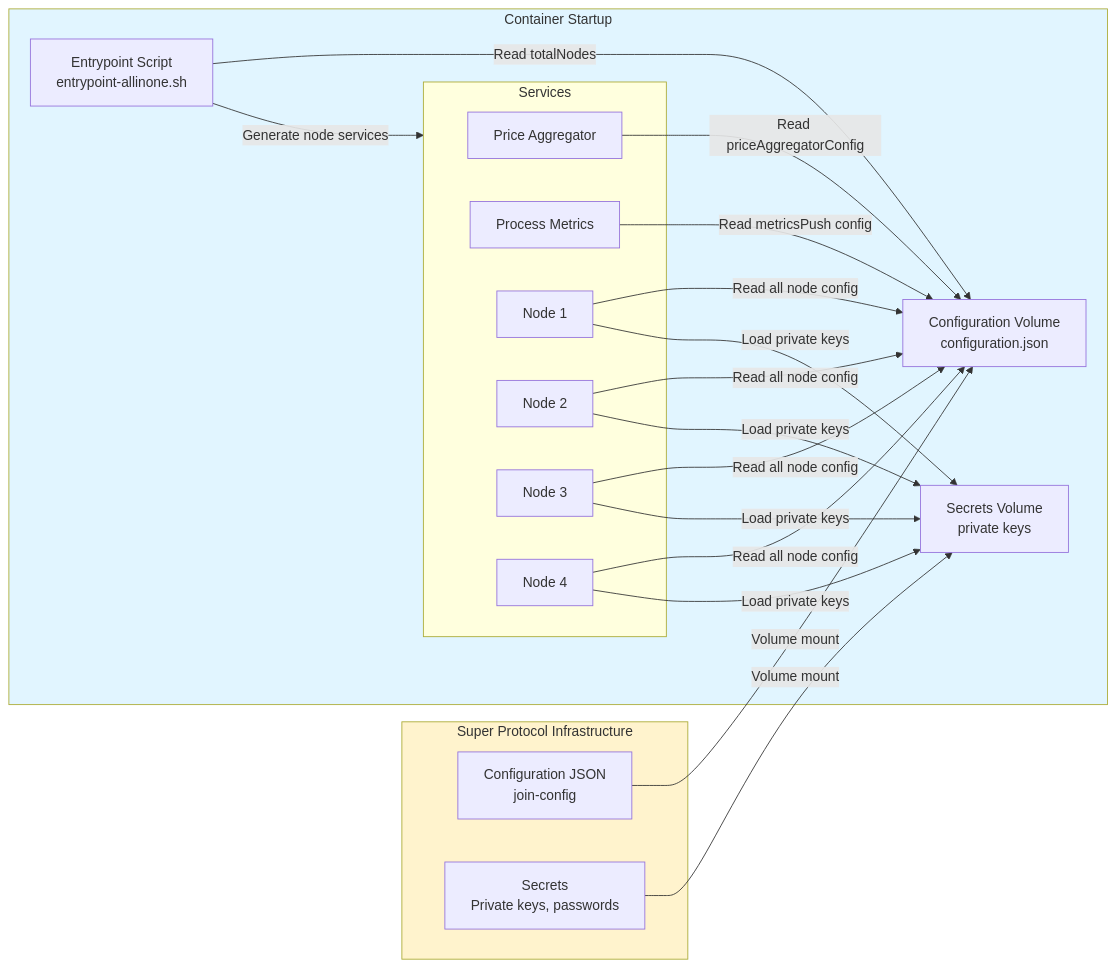
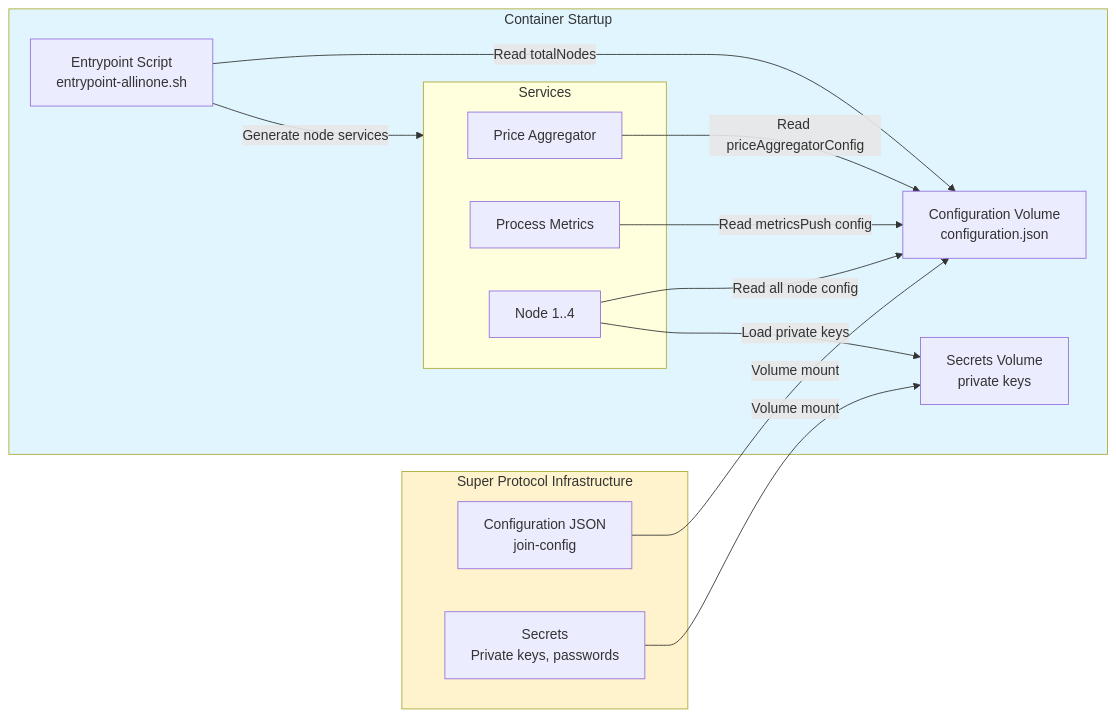
One commit to Super-Protocol/chainlink changed the ninth of 9 diagrams in docs/ARCHITECTURE.md. Above: the diagram before and after it, drawn with Mermaid. The commit also changed other lines of this file and 11 other files, not shown here.

````diff
--- a/docs/ARCHITECTURE.md
+++ b/docs/ARCHITECTURE.md
@@ -1096,43 +899,34 @@
 ```mermaid
 graph LR
-    subgraph SP["Super Protocol Infrastructure"]
-        CONF[Configuration JSON<br/>join-config]
-        SEC[Secrets<br/>Private keys, passwords]
+  subgraph SP["Super Protocol Infrastructure"]
+    CONF[Configuration JSON<br/>join-config]
+    SEC[Secrets<br/>Private keys, passwords]
+  end
+
+  subgraph Container["Container Startup"]
+    VOL1["Configuration Volume<br/>configuration.json"]
+    VOL2["Secrets Volume<br/>private keys"]
+
+    ENTRY["Entrypoint Script<br/>entrypoint-allinone.sh"]
+
+    subgraph Services["Services"]
+      PA[Price Aggregator]
+      PM[Process Metrics]
+      N1[Node 1..4]
     end
+  end
 
-    subgraph Container["Container Startup"]
-        VOL1["Configuration Volume<br/>configuration.json"]
-        VOL2["Secrets Volume<br/>private keys"]
+  CONF -->|Volume mount| VOL1
+  SEC -->|Volume mount| VOL2
 
-        ENTRY["Entrypoint Script<br/>entrypoint-allinone.sh"]
+  ENTRY -->|Read totalNodes| VOL1
+  ENTRY -->|Generate node services| Services
 
-        subgraph Services["Services"]
-            PA[Price Aggregator]
-            PM[Process Metrics]
-            N1[Node 1]
-            N2[Node 2]
-            N3[Node 3]
-            N4[Node 4]
-        end
-    end
+  PA -->|Read priceAggregatorConfig| VOL1
+  PM -->|Read metricsPush config| VOL1
+  N1 -->|Read all node config| VOL1
+  N1 -->|Load private keys| VOL2
 
-    CONF -->|Volume mount| VOL1
-    SEC -->|Volume mount| VOL2
-
-    ENTRY -->|Read totalNodes| VOL1
-    ENTRY -->|Generate node services| Services
-
-    PA -->|Read priceAggregatorConfig| VOL1
-    PM -->|Read metricsPush config| VOL1
-    N1 -->|Read all node config| VOL1
-    N1 -->|Load private keys| VOL2
-    N2 -->|Read all node config| VOL1
-    N2 -->|Load private keys| VOL2
-    N3 -->|Read all node config| VOL1
-    N3 -->|Load private keys| VOL2
-    N4 -->|Read all node config| VOL1
-    N4 -->|Load private keys| VOL2
-
-    style SP fill:#fff3cd
-    style Container fill:#e1f5ff
+  style SP fill:#fff3cd
+  style Container fill:#e1f5ff
 ```
````
